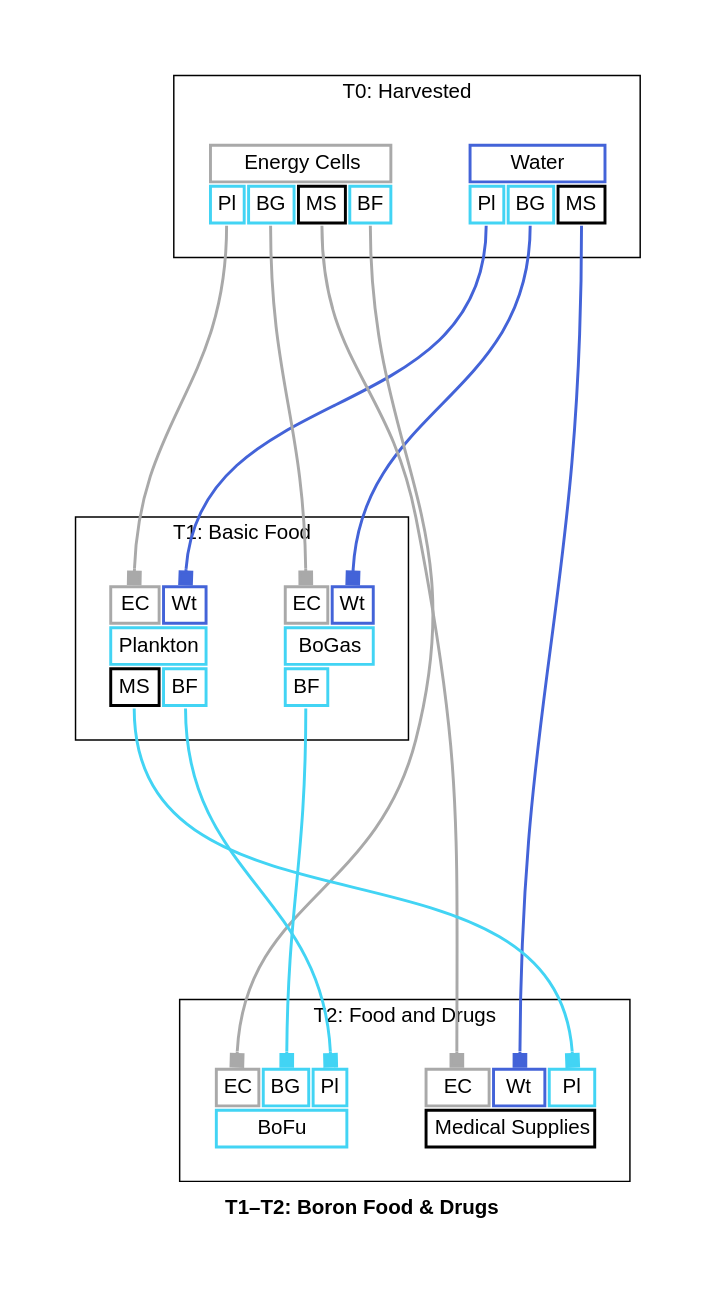
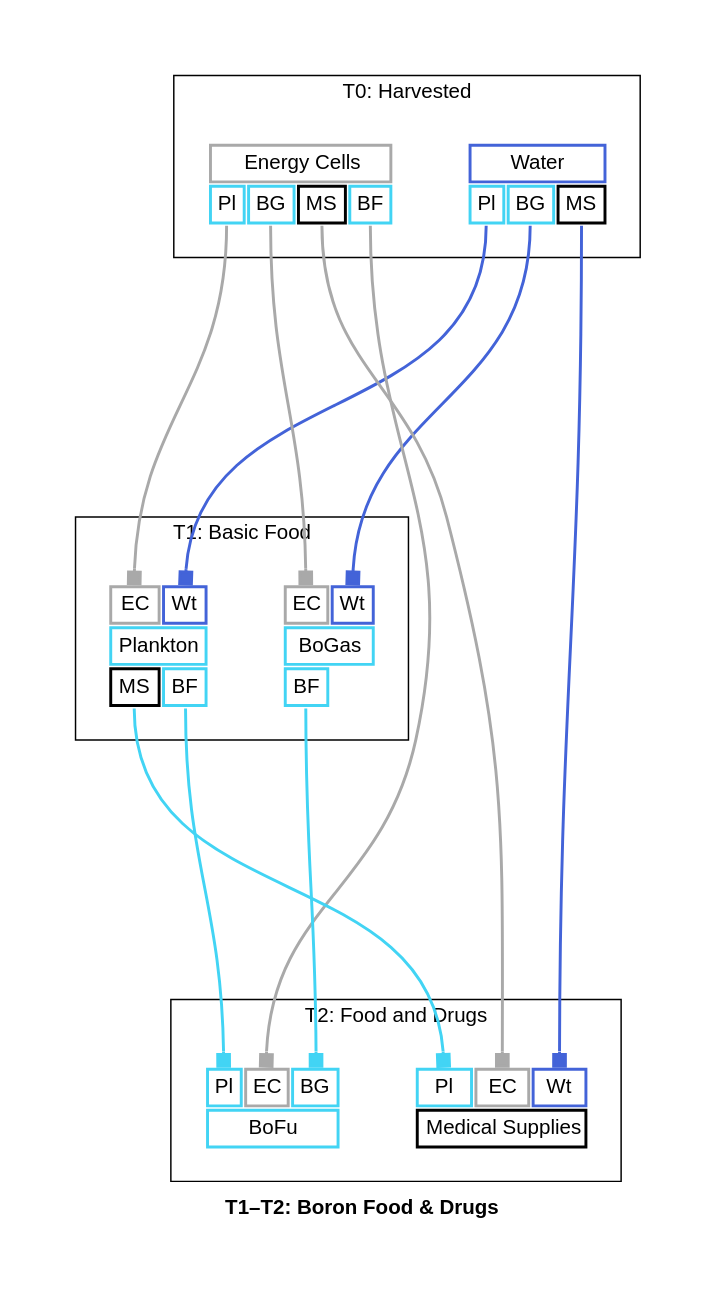
Before and after one commit to borntyping/x4-diagrams: the diagram in docs/t1_t2_boron_food_drugs_graph_full.dot, drawn with Graphviz. The commit also changed other lines of this file and 73 other files, not shown here.

```diff
--- a/docs/t1_t2_boron_food_drugs_graph_full.dot
+++ b/docs/t1_t2_boron_food_drugs_graph_full.dot
@@ -1,141 +1,141 @@
 digraph "X4 Economy" {
 	edge [arrowType=normal]
 	compound=true fontname="Helvetica,Arial,sans-serif"
 	label=<<b>T1–T2: Boron Food &amp; Drugs</b>>
 	graph [nodesep=0.3 pad=0.5 ranksep=3]
 	node [color=slategray1 fontname="Helvetica,Arial,sans-serif" margin=0.2 penwidth=2.0 shape=plaintext]
 	edge [arrowhead=normal arrowsize=1.0 fontname="Helvetica,Arial,sans-serif" headport=n penwidth=2.0 tailport=s]
 	subgraph 0 {
 		cluster=true label="T0: Harvested"
 		water [label=<<table border="0" cellborder="2" cellpadding="4" cellspacing="1" fixedsize="false" id="water" port="output">
   
   <tr>
     <td align="text" bgcolor="white" color="#4363d8" colspan="3">Water</td>
   </tr>
   
     <tr>
       
         <td align="text" bgcolor="white" color="#42d4f4" port="plankton">Pl</td>
       
         <td align="text" bgcolor="white" color="#42d4f4" port="bogas">BG</td>
       
         <td align="text" bgcolor="white" color="#000000" port="medical_supplies">MS</td>
       
     </tr>
   
 </table>>]
 		energy_cells [label=<<table border="0" cellborder="2" cellpadding="4" cellspacing="1" fixedsize="false" id="energy_cells" port="output">
   
   <tr>
     <td align="text" bgcolor="white" color="#a9a9a9" colspan="4">Energy Cells</td>
   </tr>
   
     <tr>
       
         <td align="text" bgcolor="white" color="#42d4f4" port="plankton">Pl</td>
       
         <td align="text" bgcolor="white" color="#42d4f4" port="bogas">BG</td>
       
         <td align="text" bgcolor="white" color="#000000" port="medical_supplies">MS</td>
       
         <td align="text" bgcolor="white" color="#42d4f4" port="bofu">BF</td>
       
     </tr>
   
 </table>>]
 	}
 	subgraph 1 {
 		cluster=true label="T1: Basic Food"
 		plankton [label=<<table border="0" cellborder="2" cellpadding="4" cellspacing="1" fixedsize="false" id="plankton" port="output">
   
     <tr>
       
         <td align="text" bgcolor="white" color="#a9a9a9" port="energy_cells">EC</td>
       
         <td align="text" bgcolor="white" color="#4363d8" port="water">Wt</td>
       
     </tr>
   
   <tr>
     <td align="text" bgcolor="white" color="#42d4f4" colspan="2">Plankton</td>
   </tr>
   
     <tr>
       
         <td align="text" bgcolor="white" color="#000000" port="medical_supplies">MS</td>
       
         <td align="text" bgcolor="white" color="#42d4f4" port="bofu">BF</td>
       
     </tr>
   
 </table>>]
 		bogas [label=<<table border="0" cellborder="2" cellpadding="4" cellspacing="1" fixedsize="false" id="bogas" port="output">
   
     <tr>
       
         <td align="text" bgcolor="white" color="#a9a9a9" port="energy_cells">EC</td>
       
         <td align="text" bgcolor="white" color="#4363d8" port="water">Wt</td>
       
     </tr>
   
   <tr>
     <td align="text" bgcolor="white" color="#42d4f4" colspan="2">BoGas</td>
   </tr>
   
     <tr>
       
         <td align="text" bgcolor="white" color="#42d4f4" port="bofu">BF</td>
       
     </tr>
   
 </table>>]
 	}
 	subgraph 2 {
 		cluster=true label="T2: Food and Drugs"
 		medical_supplies [label=<<table border="0" cellborder="2" cellpadding="4" cellspacing="1" fixedsize="false" id="medical_supplies" port="output">
   
     <tr>
       
+        <td align="text" bgcolor="white" color="#42d4f4" port="plankton">Pl</td>
+      
         <td align="text" bgcolor="white" color="#a9a9a9" port="energy_cells">EC</td>
       
         <td align="text" bgcolor="white" color="#4363d8" port="water">Wt</td>
-      
-        <td align="text" bgcolor="white" color="#42d4f4" port="plankton">Pl</td>
       
     </tr>
   
   <tr>
     <td align="text" bgcolor="white" color="#000000" colspan="3">Medical Supplies</td>
   </tr>
   
 </table>>]
 		bofu [label=<<table border="0" cellborder="2" cellpadding="4" cellspacing="1" fixedsize="false" id="bofu" port="output">
   
     <tr>
       
+        <td align="text" bgcolor="white" color="#42d4f4" port="plankton">Pl</td>
+      
         <td align="text" bgcolor="white" color="#a9a9a9" port="energy_cells">EC</td>
       
         <td align="text" bgcolor="white" color="#42d4f4" port="bogas">BG</td>
-      
-        <td align="text" bgcolor="white" color="#42d4f4" port="plankton">Pl</td>
       
     </tr>
   
   <tr>
     <td align="text" bgcolor="white" color="#42d4f4" colspan="3">BoFu</td>
   </tr>
   
 </table>>]
 	}
 	energy_cells:plankton:s -> plankton:energy_cells:n [arrowhead=box color="#a9a9a9" weight=1.0]
 	water:plankton:s -> plankton:water:n [arrowhead=box color="#4363d8" weight=1.0]
 	energy_cells:bogas:s -> bogas:energy_cells:n [arrowhead=box color="#a9a9a9" weight=1.0]
 	water:bogas:s -> bogas:water:n [arrowhead=box color="#4363d8" weight=1.0]
 	energy_cells:medical_supplies:s -> medical_supplies:energy_cells:n [arrowhead=box color="#a9a9a9" weight=1.0]
 	plankton:medical_supplies:s -> medical_supplies:plankton:n [arrowhead=box color="#42d4f4" weight=1.0]
 	water:medical_supplies:s -> medical_supplies:water:n [arrowhead=box color="#4363d8" weight=1.0]
 	bogas:bofu:s -> bofu:bogas:n [arrowhead=box color="#42d4f4" weight=1.0]
 	energy_cells:bofu:s -> bofu:energy_cells:n [arrowhead=box color="#a9a9a9" weight=1.0]
 	plankton:bofu:s -> bofu:plankton:n [arrowhead=box color="#42d4f4" weight=1.0]
 }
```
